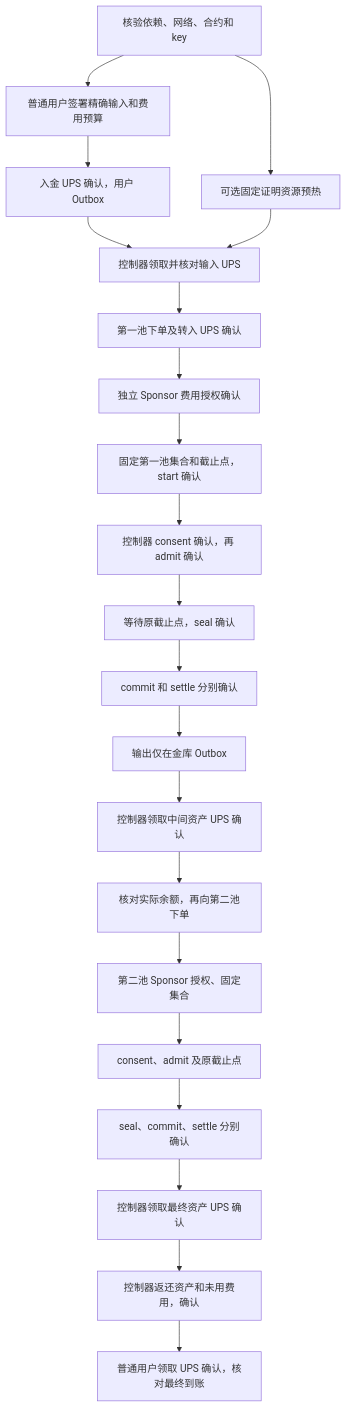
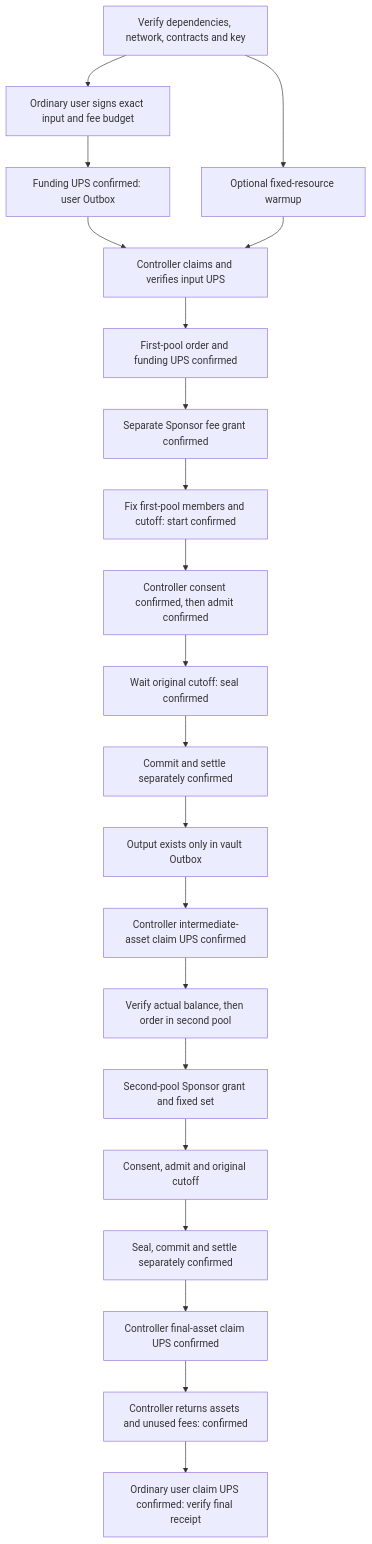
Before and after one commit to PsyProtocol/psy-template: the diagram in composition/EXECUTION_DEPENDENCIES.md, drawn with Mermaid. The commit also changed other lines of this file and 46 other files, not shown here.

````diff
--- a/composition/EXECUTION_DEPENDENCIES.md
+++ b/composition/EXECUTION_DEPENDENCIES.md
@@ -5,23 +9,23 @@
 ```mermaid
 flowchart TD
-  P[核验依赖、网络、合约和 key] --> W[可选固定证明资源预热]
-  P --> U[普通用户签署精确输入和费用预算]
-  U --> UC[入金 UPS 确认，用户 Outbox]
-  UC --> F[控制器领取并核对输入 UPS]
+  P[Verify dependencies, network, contracts and key] --> W[Optional fixed-resource warmup]
+  P --> U[Ordinary user signs exact input and fee budget]
+  U --> UC[Funding UPS confirmed: user Outbox]
+  UC --> F[Controller claims and verifies input UPS]
   W --> F
-  F --> O1[第一池下单及转入 UPS 确认]
-  O1 --> G1[独立 Sponsor 费用授权确认]
-  G1 --> Q1[固定第一池集合和截止点，start 确认]
-  Q1 --> A1[控制器 consent 确认，再 admit 确认]
-  A1 --> C1[等待原截止点，seal 确认]
-  C1 --> S1[commit 和 settle 分别确认]
-  S1 --> X1[输出仅在金库 Outbox]
-  X1 --> CL1[控制器领取中间资产 UPS 确认]
-  CL1 --> O2[核对实际余额，再向第二池下单]
-  O2 --> G2[第二池 Sponsor 授权、固定集合]
-  G2 --> A2[consent、admit 及原截止点]
-  A2 --> S2[seal、commit、settle 分别确认]
-  S2 --> CL2[控制器领取最终资产 UPS 确认]
-  CL2 --> R[控制器返还资产和未用费用，确认]
-  R --> RC[普通用户领取 UPS 确认，核对最终到账]
+  F --> O1[First-pool order and funding UPS confirmed]
+  O1 --> G1[Separate Sponsor fee grant confirmed]
+  G1 --> Q1[Fix first-pool members and cutoff: start confirmed]
+  Q1 --> A1[Controller consent confirmed, then admit confirmed]
+  A1 --> C1[Wait original cutoff: seal confirmed]
+  C1 --> S1[Commit and settle separately confirmed]
+  S1 --> X1[Output exists only in vault Outbox]
+  X1 --> CL1[Controller intermediate-asset claim UPS confirmed]
+  CL1 --> O2[Verify actual balance, then order in second pool]
+  O2 --> G2[Second-pool Sponsor grant and fixed set]
+  G2 --> A2[Consent, admit and original cutoff]
+  A2 --> S2[Seal, commit and settle separately confirmed]
+  S2 --> CL2[Controller final-asset claim UPS confirmed]
+  CL2 --> R[Controller returns assets and unused fees: confirmed]
+  R --> RC[Ordinary user claim UPS confirmed: verify final receipt]
 ```
````
